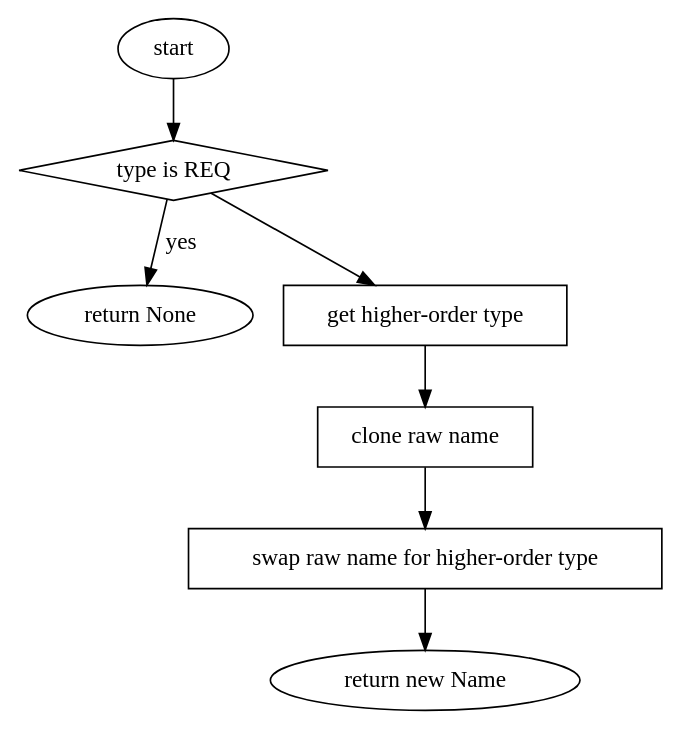
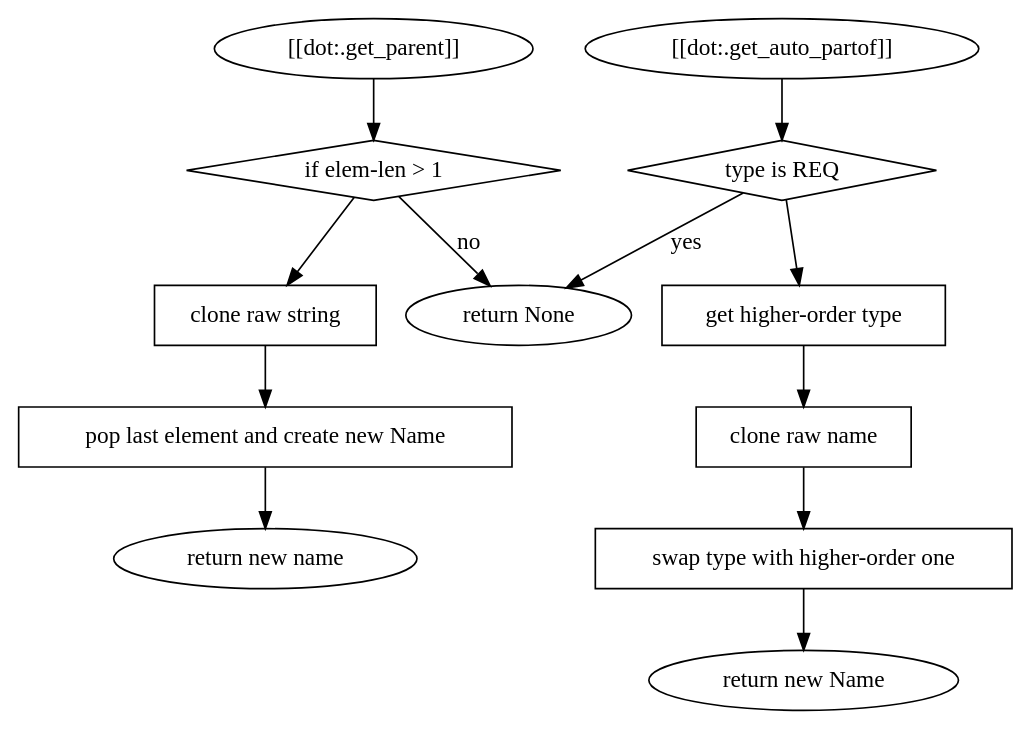
Before and after one commit to vitiral/artifact: the third of 3 diagrams in artifact-data/design/family.md, drawn with Graphviz. The commit also changed other lines of this file and 4 other files, not shown here.

````diff
--- a/artifact-data/design/family.md
+++ b/artifact-data/design/family.md
@@ -99,13 +85,21 @@
 ```dot
 digraph G {
-    start -> { if_req [label="type is REQ"; shape=diamond] };
+    "[[dot:.get_parent]]" -> { "if" [label="if elem-len > 1"; shape=diamond] };
+    "if" -> "return None" [label = "no"];
+    "if" -> {"clone raw string" [
+        shape=box;
+    ]} -> {"pop last element and create new Name" [
+        shape=box;
+    ]} -> "return new name";
+
+    "[[dot:.get_auto_partof]]" -> { if_req [label="type is REQ"; shape=diamond] };
     if_req -> "return None" [label="yes"];
     if_req -> {"get higher-order type" [
         shape=box;
     ]} -> {"clone raw name" [
         shape=box;
-    ]} -> {"swap raw name for higher-order type" [
+    ]} -> {"swap type with higher-order one" [
         shape=box;
     ]} -> "return new Name";
 }
 ```
````
